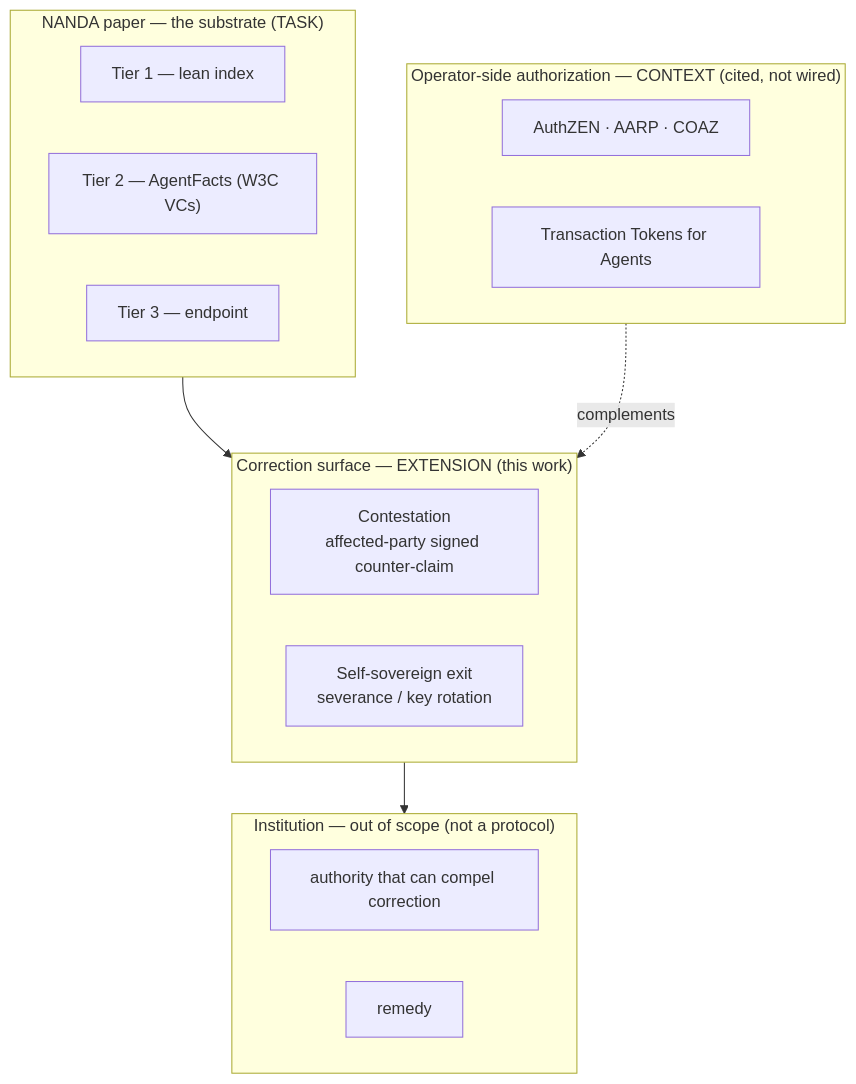
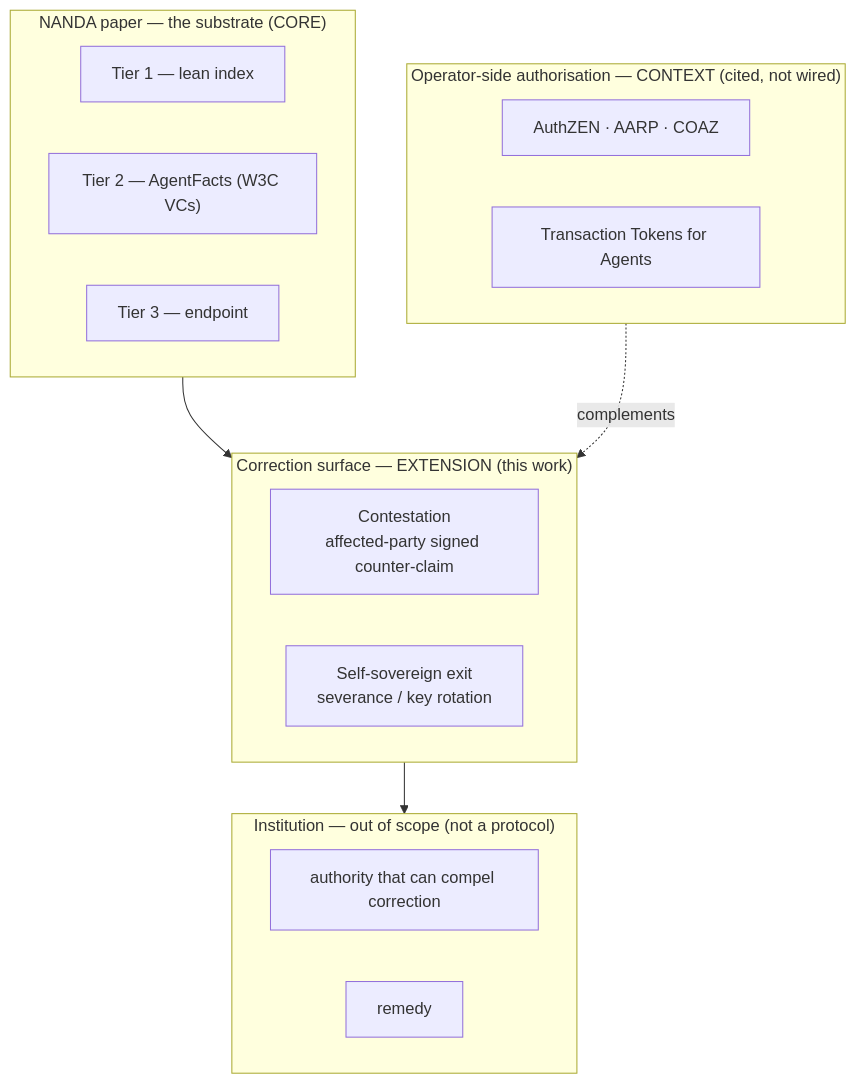
The third of 5 diagrams in docs/diagrams.md (anivar/nanda-correction-surface), drawn with Mermaid before and after one commit. The commit also changed 14 other files, not shown here.

````diff
--- a/docs/diagrams.md
+++ b/docs/diagrams.md
@@ -60,23 +60,23 @@
 ```mermaid
 flowchart TB
-  subgraph PAPER["NANDA paper — the substrate (TASK)"]
+  subgraph PAPER["NANDA paper — the substrate (CORE)"]
     P1["Tier 1 — lean index"]
     P2["Tier 2 — AgentFacts (W3C VCs)"]
     P3["Tier 3 — endpoint"]
   end
   subgraph EXT["Correction surface — EXTENSION (this work)"]
     E1["Contestation<br/>affected-party signed counter-claim"]
     E2["Self-sovereign exit<br/>severance / key rotation"]
   end
-  subgraph CTX["Operator-side authorization — CONTEXT (cited, not wired)"]
+  subgraph CTX["Operator-side authorisation — CONTEXT (cited, not wired)"]
     X1["AuthZEN · AARP · COAZ"]
     X2["Transaction Tokens for Agents"]
   end
   subgraph INST["Institution — out of scope (not a protocol)"]
     N1["authority that can compel correction"]
     N2["remedy"]
   end
   PAPER --> EXT
   CTX -. complements .-> EXT
   EXT --> INST
 ```
````
